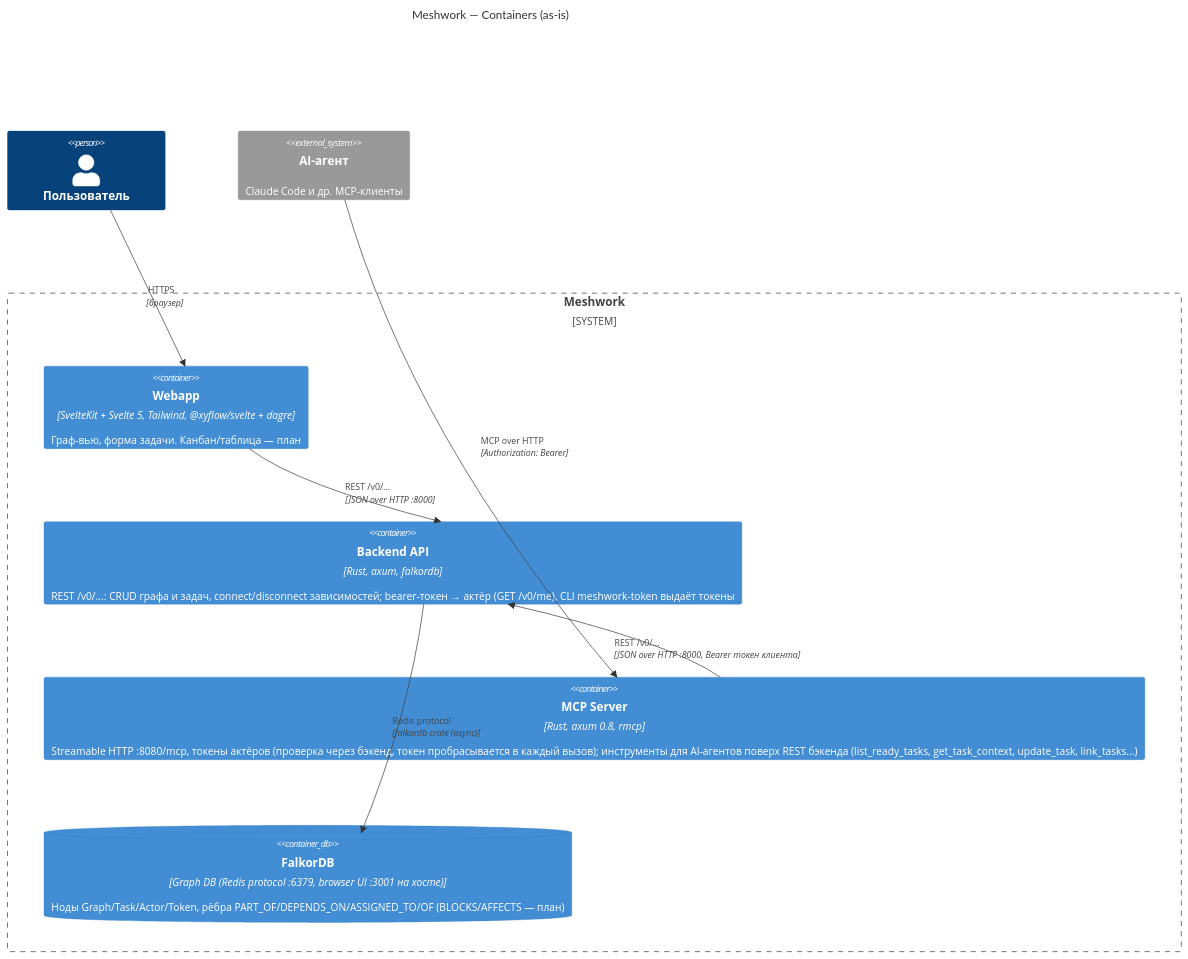
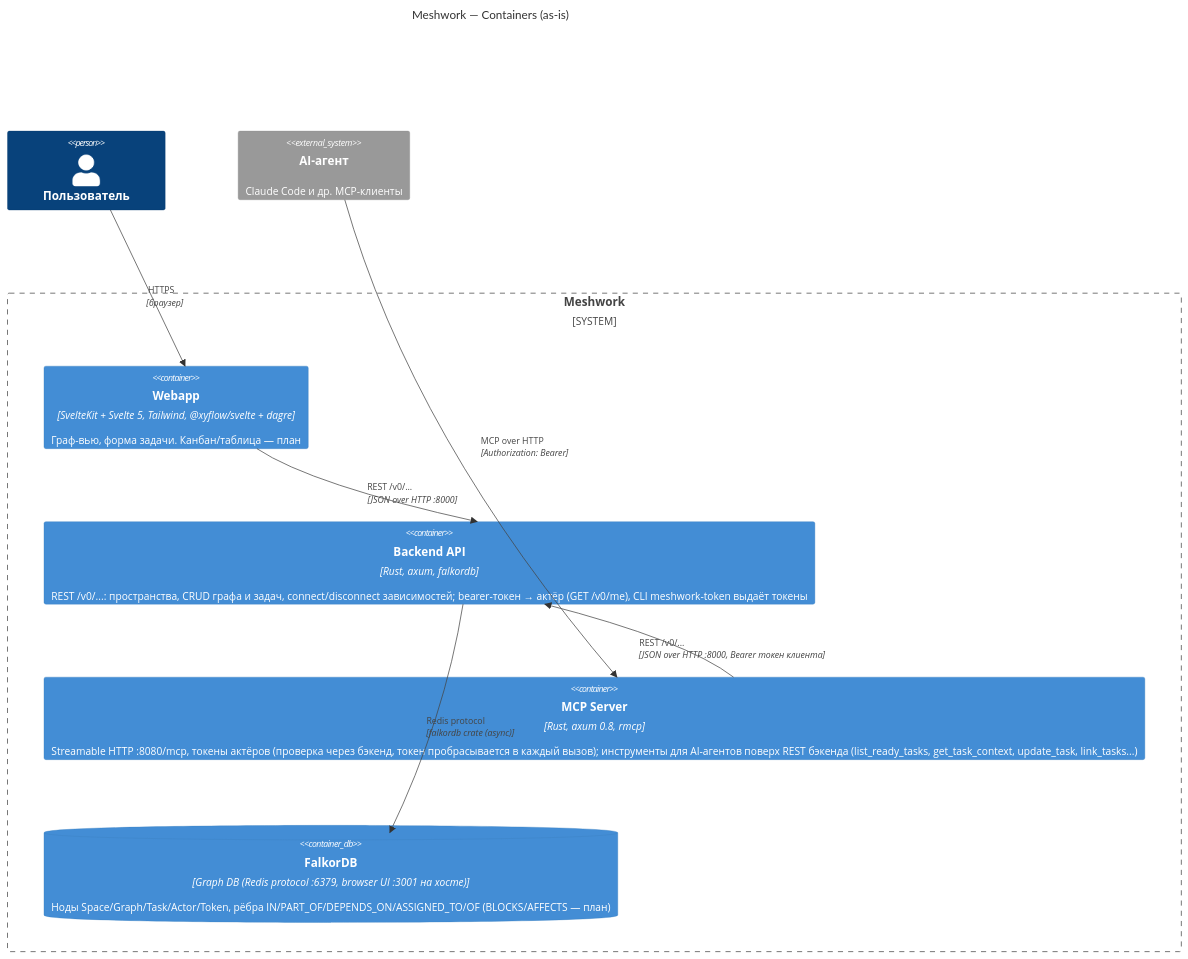
One commit to NotBioWaste905/Meshwork changed the second of 3 diagrams in docs/architecture.md. Above: the diagram before and after it, drawn with Mermaid. The commit also changed other lines of this file and 6 other files, not shown here.

Commit message:
Add spaces above graphs: model, migration and API

````diff
--- a/docs/architecture.md
+++ b/docs/architecture.md
@@ -32,20 +32,20 @@
 ```mermaid
 C4Container
     title Meshwork — Containers (as-is)
 
     Person(user, "Пользователь")
     System_Ext(agent, "AI-агент", "Claude Code и др. MCP-клиенты")
 
     System_Boundary(meshwork, "Meshwork") {
         Container(frontend, "Webapp", "SvelteKit + Svelte 5, Tailwind, @xyflow/svelte + dagre", "Граф-вью, форма задачи. Канбан/таблица — план")
-        Container(backend, "Backend API", "Rust, axum, falkordb", "REST /v0/...: CRUD графа и задач, connect/disconnect зависимостей; bearer-токен → актёр (GET /v0/me), CLI meshwork-token выдаёт токены")
+        Container(backend, "Backend API", "Rust, axum, falkordb", "REST /v0/...: пространства, CRUD графа и задач, connect/disconnect зависимостей; bearer-токен → актёр (GET /v0/me), CLI meshwork-token выдаёт токены")
         Container(mcp, "MCP Server", "Rust, axum 0.8, rmcp", "Streamable HTTP :8080/mcp, токены актёров (проверка через бэкенд, токен пробрасывается в каждый вызов); инструменты для AI-агентов поверх REST бэкенда (list_ready_tasks, get_task_context, update_task, link_tasks...)")
-        ContainerDb(db, "FalkorDB", "Graph DB (Redis protocol :6379, browser UI :3001 на хосте)", "Ноды Graph/Task/Actor/Token, рёбра PART_OF/DEPENDS_ON/ASSIGNED_TO/OF (BLOCKS/AFFECTS — план)")
+        ContainerDb(db, "FalkorDB", "Graph DB (Redis protocol :6379, browser UI :3001 на хосте)", "Ноды Space/Graph/Task/Actor/Token, рёбра IN/PART_OF/DEPENDS_ON/ASSIGNED_TO/OF (BLOCKS/AFFECTS — план)")
     }
 
     Rel(user, frontend, "HTTPS", "браузер")
     Rel(frontend, backend, "REST /v0/...", "JSON over HTTP :8000")
     Rel(backend, db, "Redis protocol", "falkordb crate (async)")
     Rel(agent, mcp, "MCP over HTTP", "Authorization: Bearer")
     Rel(mcp, backend, "REST /v0/...", "JSON over HTTP :8000, Bearer токен клиента")
 ```
````
